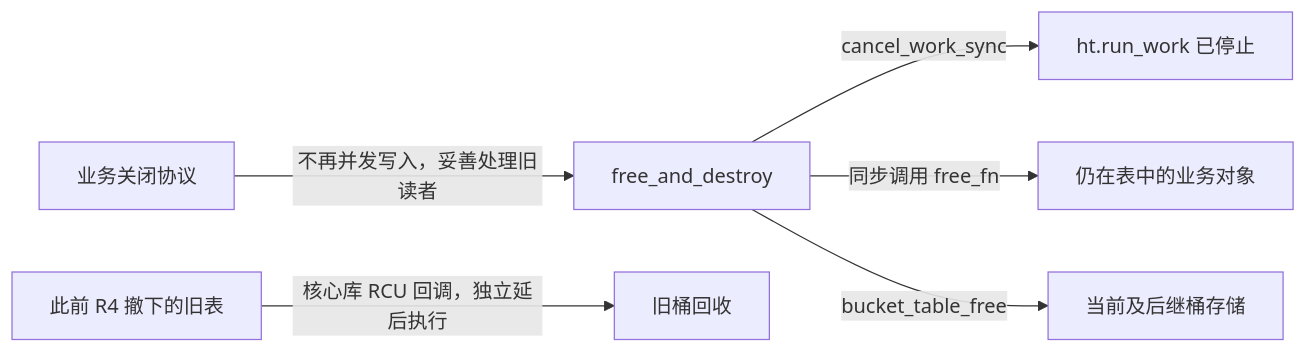
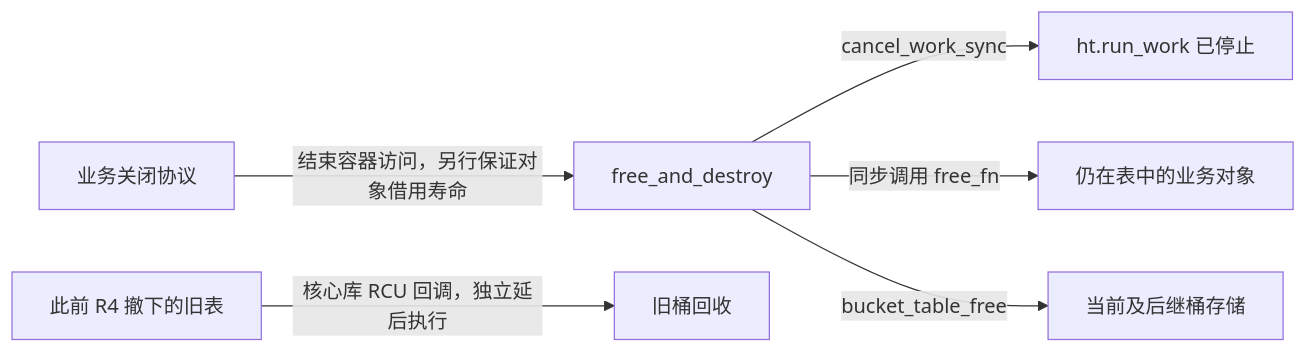
One commit to FormingSystem/linux_note changed the second of 2 diagrams in research/source_reading/hash_table/source_explanations/lib/rhashtable.c.md. Above: the diagram before and after it, drawn with Mermaid. The commit also changed other lines of this file and 10 other files, not shown here.

````diff
--- a/research/source_reading/hash_table/source_explanations/lib/rhashtable.c.md
+++ b/research/source_reading/hash_table/source_explanations/lib/rhashtable.c.md
@@ -564,8 +572,8 @@
 ```mermaid
 flowchart LR
-    caller["业务关闭协议"] -->|"不再并发写入，妥善处理旧读者"| destroy["free_and_destroy"]
+    caller["业务关闭协议"] -->|"结束容器访问，另行保证对象借用寿命"| destroy["free_and_destroy"]
     destroy -->|"cancel_work_sync"| worker["ht.run_work 已停止"]
     destroy -->|"同步调用 free_fn"| objects["仍在表中的业务对象"]
     destroy -->|"bucket_table_free"| tables["当前及后继桶存储"]
     old["此前 R4 撤下的旧表"] -->|"核心库 RCU 回调，独立延后执行"| oldfree["旧桶回收"]
 ```
````
